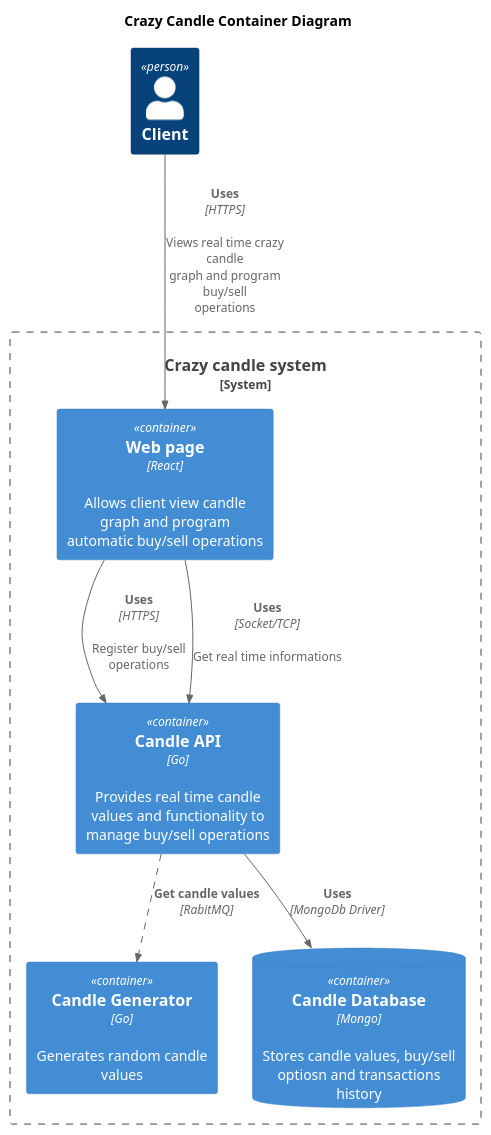
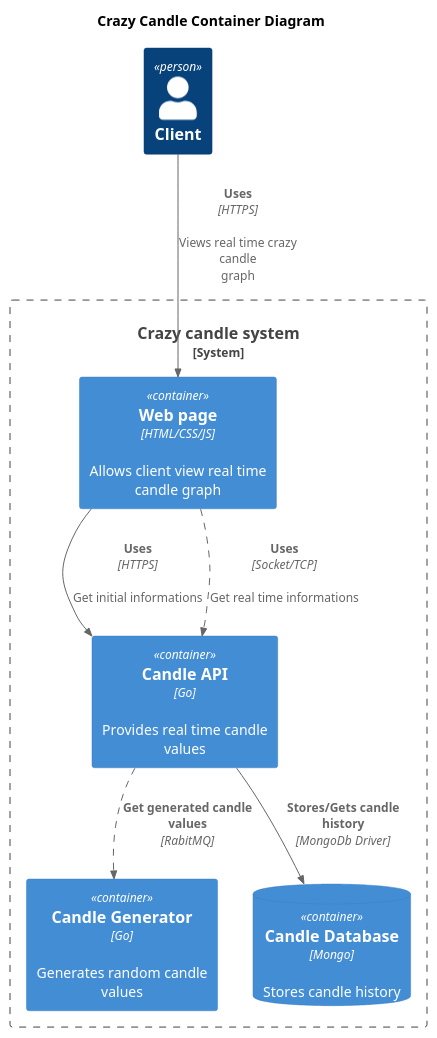
Before and after one commit to ruancaetano/crazy-candle-simulator: the diagram in docs/container.puml, drawn with PlantUML. The commit also changed 5 other files, not shown here.

```diff
--- a/docs/container.puml
+++ b/docs/container.puml
@@ -1,28 +1,28 @@
 @startuml crazy candle simulator
 
 !include https://raw.githubusercontent.com/plantuml-stdlib/C4-PlantUML/master/C4_Container.puml
 
 AddRelTag("async", $lineStyle = DashedLine())
 
 title "Crazy Candle Container Diagram"
 
 
 Person(client, "Client")
 
 
 
 System_Boundary(boundary, "Crazy candle system") {
-    Container(web_container, "Web page", "React", "Allows client view candle graph and program automatic buy/sell operations")
-    Container(api_container, "Candle API", "Go", "Provides real time candle values and functionality to manage buy/sell operations")
+    Container(web_container, "Web page", "HTML/CSS/JS", "Allows client view real time candle graph")
+    Container(api_container, "Candle API", "Go", "Provides real time candle values")
     Container(generator_container, "Candle Generator", "Go", "Generates random candle values")
-    ContainerDb(database, "Candle Database", "Mongo", "Stores candle values, buy/sell optiosn and transactions history")
+    ContainerDb(database, "Candle Database", "Mongo", "Stores candle history")
 }
 
-Rel(client, web_container, "Uses", "HTTPS", "Views real time crazy candle graph and program buy/sell operations")
+Rel(client, web_container, "Uses", "HTTPS", "Views real time crazy candle graph")
 
-Rel(web_container, api_container, "Uses", "HTTPS", "Register buy/sell operations")
-Rel(web_container, api_container, "Uses", "Socket/TCP", "Get real time informations")
+Rel(web_container, api_container, "Uses", "HTTPS", "Get initial informations")
+Rel(web_container, api_container, "Uses", "Socket/TCP", "Get real time informations", $tags = "async")
 
-Rel(api_container, generator_container, "Get candle values", "RabitMQ", $tags = "async")
-Rel(api_container, database, "Uses", "MongoDb Driver",)
+Rel(api_container, generator_container, "Get generated candle values", "RabitMQ", $tags = "async")
+Rel(api_container, database, "Stores/Gets candle history", "MongoDb Driver",)
 @enduml
```
